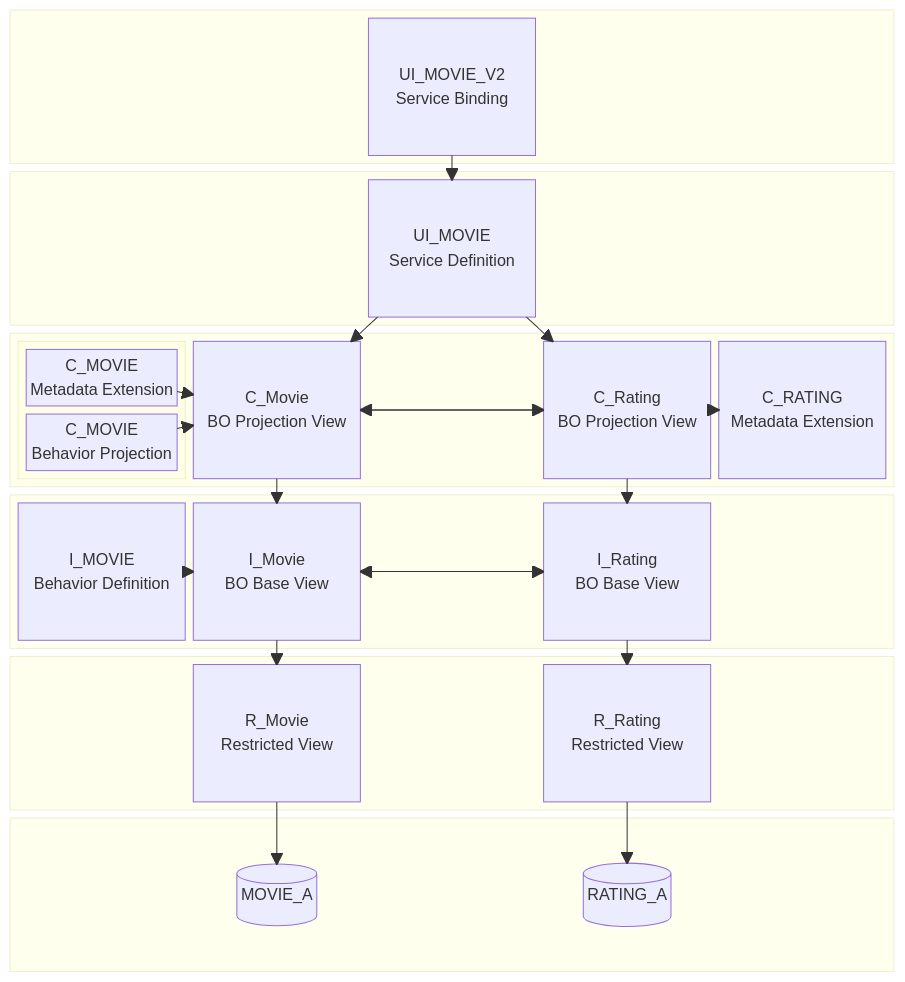
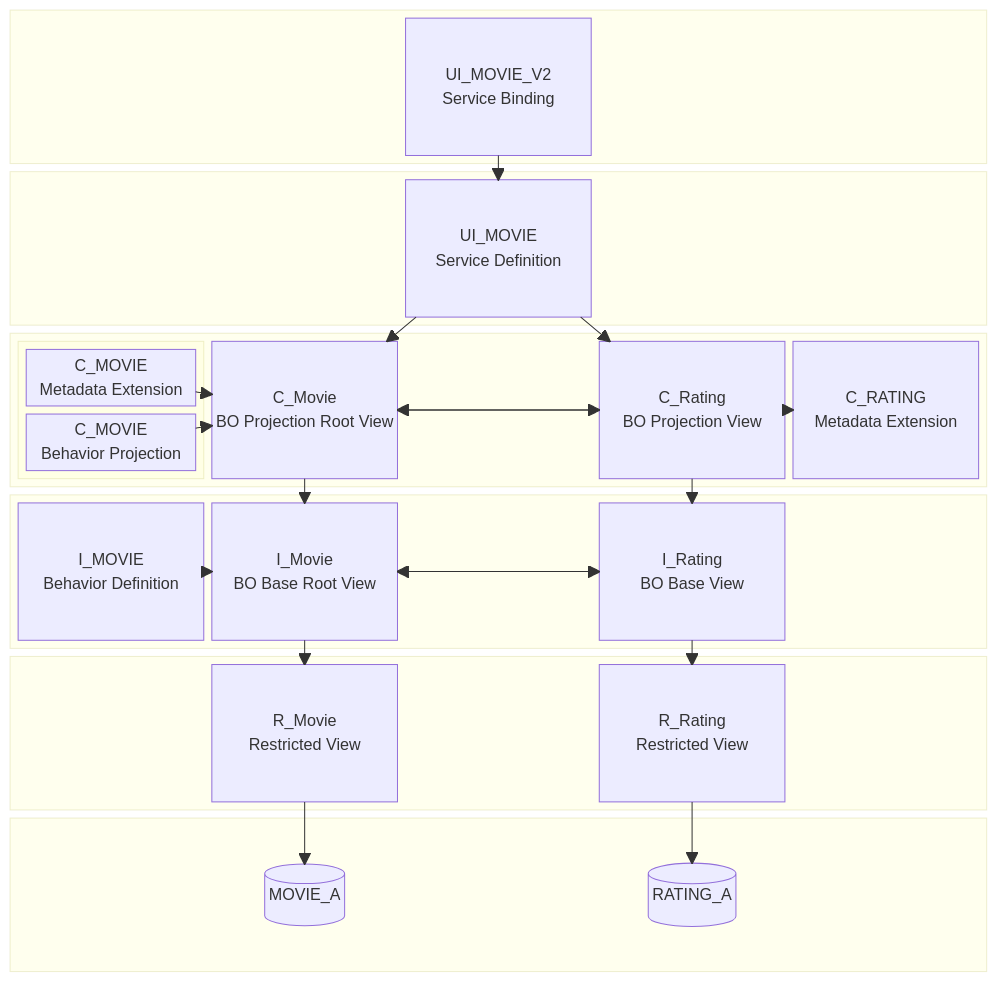
One commit to appenmaier/abap_movie changed the second of 3 diagrams in README.md. Above: the diagram before and after it, drawn with Mermaid. The commit also changed other lines of this file, not shown here.

````diff
--- a/README.md
+++ b/README.md
@@ -35,79 +33,79 @@
 ```mermaid
 block-beta
    columns 1
    block
       space
       space
       UI_MOVIE_V2["UI_MOVIE_V2
                    Service Binding"]
       space
       space
    end
    block
       space
       space
       UI_MOVIE["UI_MOVIE
                 Service Definition"]
       space
       space
    end
    block
       block columns 1
          C_MOVIE["C_MOVIE
                   Metadata Extension"]
          C_MOVIE2["C_MOVIE
                    Behavior Projection"]
       end
       C_Movie["C_Movie
-               BO Projection View"]
+               BO Projection Root View"]
       space
       C_Rating["C_Rating
                 BO Projection View"]
       C_RATING["C_RATING
                 Metadata Extension"]
    end
    block
       I_MOVIE["I_MOVIE
                Behavior Definition"]
       I_Movie["I_Movie
-               BO Base View"]
+               BO Base Root View"]
       space
       I_Rating["I_Rating
                 BO Base View"]
       space
    end
    block
       space
       R_Movie["R_Movie
                Restricted View"]
       space
       R_Rating["R_Rating
                 Restricted View"]
       space
    end
    block
       space
       MOVIE_A[("MOVIE_A")]
       space
       RATING_A[("RATING_A")]
       space
    end
 
    UI_MOVIE_V2-->UI_MOVIE
    UI_MOVIE-->C_Movie
    UI_MOVIE-->C_Rating
    C_Movie-->I_Movie
    C_MOVIE-->C_Movie
    C_MOVIE2-->C_Movie
    C_RATING-->C_Rating
    C_Rating-->I_Rating
    C_Movie-->C_Rating
    C_Rating-->C_Movie
    I_Movie-->R_Movie
    I_MOVIE-->I_Movie
    I_Movie-->I_Rating
    I_Rating-->I_Movie
    I_Rating-->R_Rating
    R_Movie-->MOVIE_A
    R_Rating-->RATING_A
 ```
````
